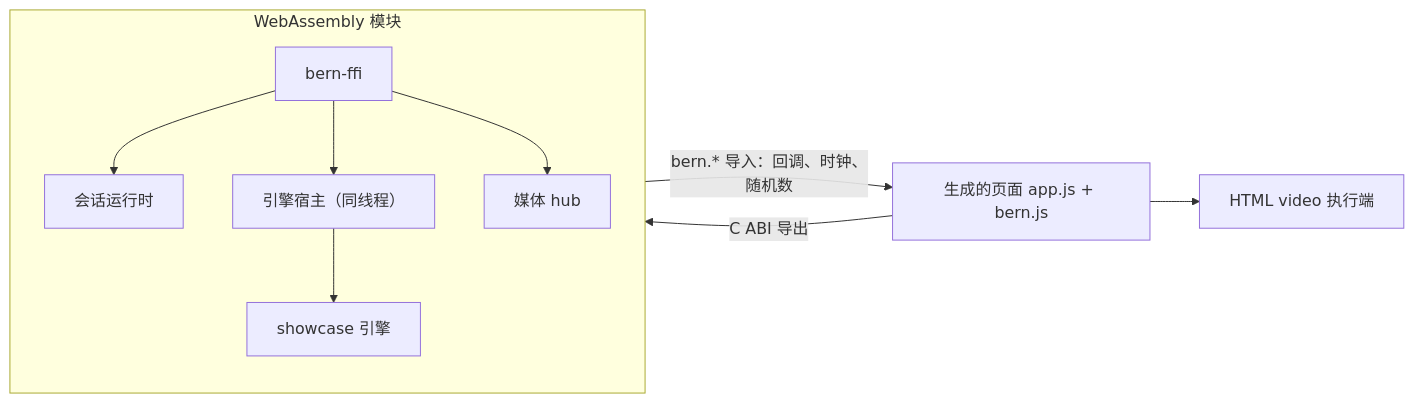
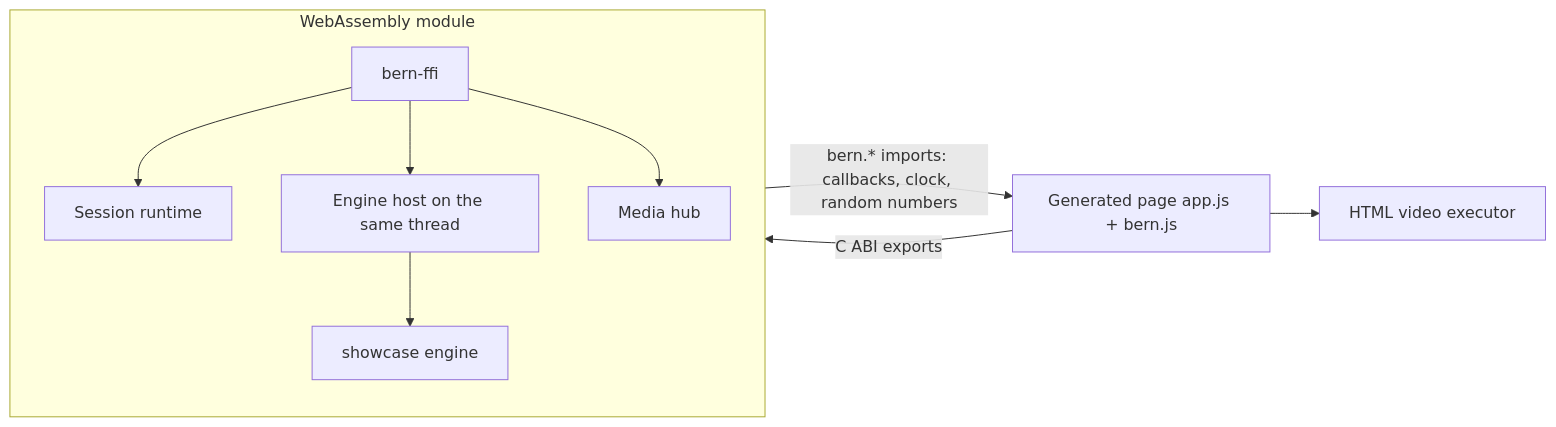
One commit to AimesSoft/Bern changed the first of 2 diagrams in Docs/Implementation/Web.md. Above: the diagram before and after it, drawn with Mermaid. The commit also changed other lines of this file and 59 other files, not shown here.

````diff
--- a/Docs/Implementation/Web.md
+++ b/Docs/Implementation/Web.md
@@ -79,12 +81,12 @@
 ```mermaid
 flowchart LR
-    Page[生成的页面 app.js + bern.js] -->|C ABI 导出| Wasm[WebAssembly 模块]
-    Wasm -->|bern.* 导入：回调、时钟、随机数| Page
-    subgraph Wasm[WebAssembly 模块]
-        Ffi[bern-ffi] --> Runtime[会话运行时]
-        Ffi --> Host[引擎宿主（同线程）]
-        Ffi --> Hub[媒体 hub]
-        Host --> Engine[showcase 引擎]
+    Page[Generated page app.js + bern.js] -->|C ABI exports| Wasm[WebAssembly module]
+    Wasm -->|bern.* imports: callbacks, clock, random numbers| Page
+    subgraph Wasm[WebAssembly module]
+        Ffi[bern-ffi] --> Runtime[Session runtime]
+        Ffi --> Host[Engine host on the same thread]
+        Ffi --> Hub[Media hub]
+        Host --> Engine[showcase engine]
     end
-    Page --> Video[HTML video 执行端]
+    Page --> Video[HTML video executor]
 ```
````
